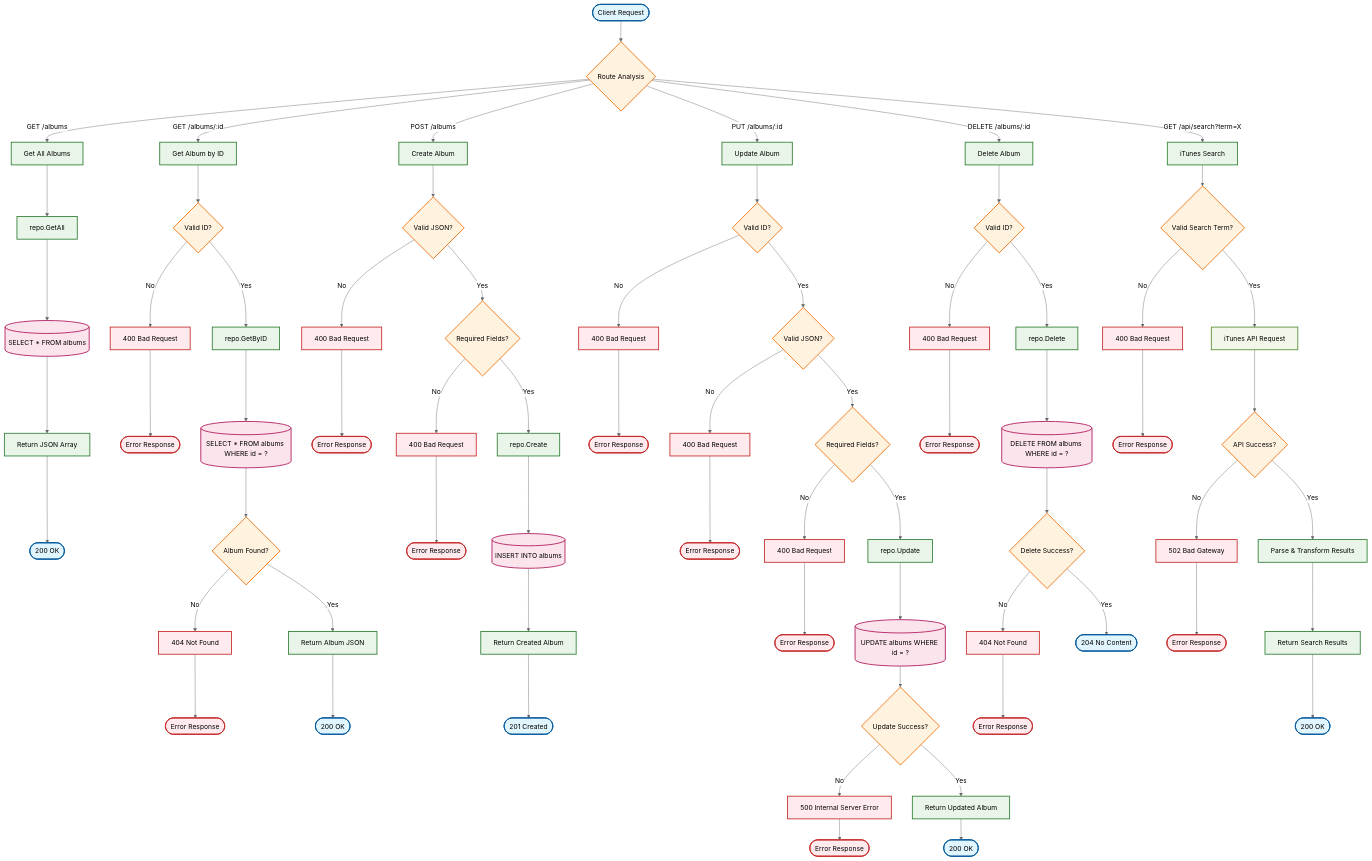
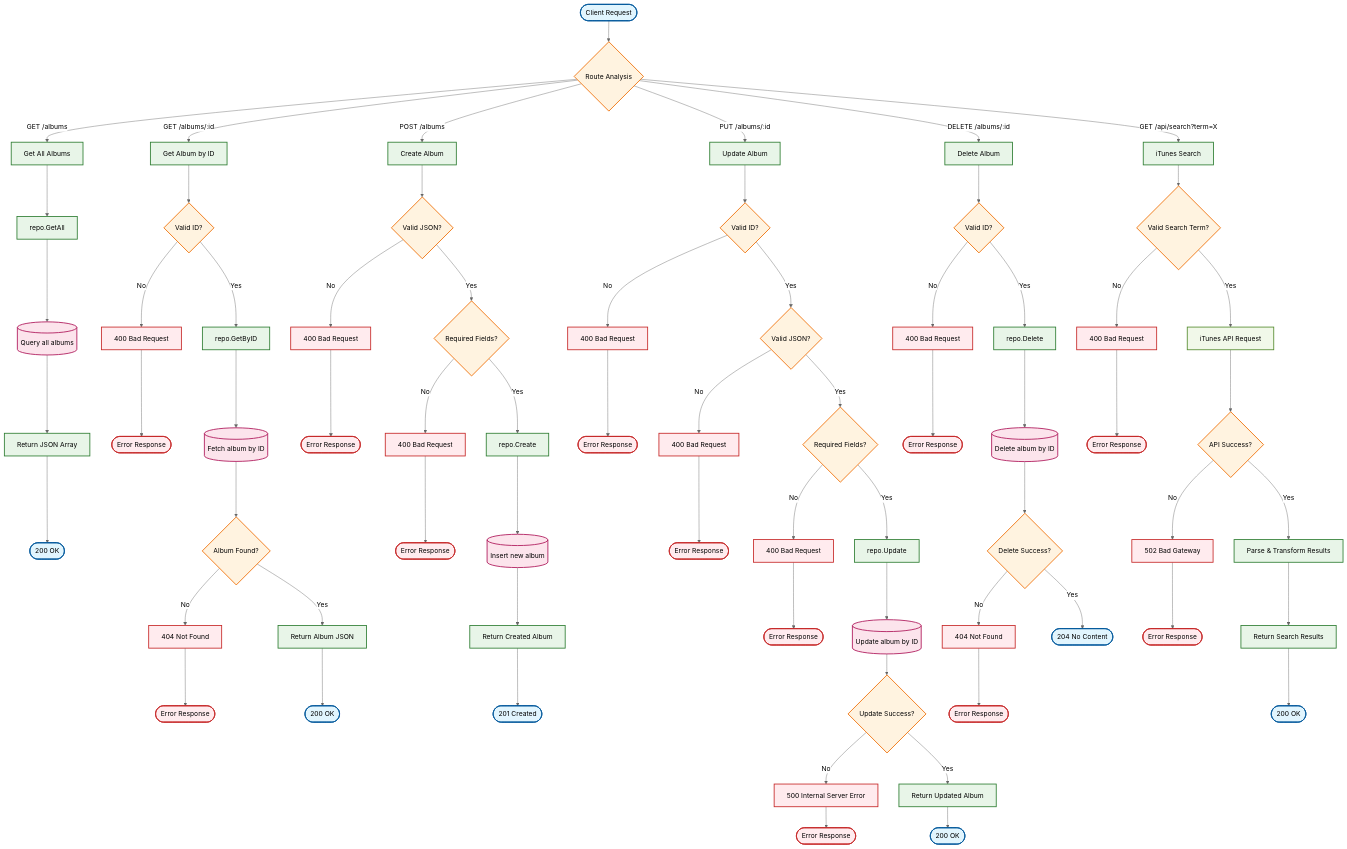
The diagram in diagrams/source/request-flow.mmd (tvergilio/motown-house-backend), drawn with Mermaid (neutral theme) before and after one commit. The commit also changed 5 other files, not shown here.

First line of the commit message:
Update high-level architecture diagram

```diff
--- a/diagrams/source/request-flow.mmd
+++ b/diagrams/source/request-flow.mmd
@@ -1,100 +1,100 @@
 flowchart TD
     Start([Client Request]) --> Route{Route Analysis}
     
     %% CRUD Operations
     Route -->|GET /albums| GetAll[Get All Albums]
     Route -->|GET /albums/:id| GetByID[Get Album by ID]
     Route -->|POST /albums| Create[Create Album]
     Route -->|PUT /albums/:id| Update[Update Album]
     Route -->|DELETE /albums/:id| Delete[Delete Album]
     
     %% iTunes Search
     Route -->|GET /api/search?term=X| Search[iTunes Search]
     
     %% Get All Albums Flow
     GetAll --> RepoGetAll[repo.GetAll]
-    RepoGetAll --> DBQuery1[(SELECT * FROM albums)]
+    RepoGetAll --> DBQuery1[(Query all albums)]
     DBQuery1 --> ReturnJSON1[Return JSON Array]
     ReturnJSON1 --> End1([200 OK])
     
     %% Get By ID Flow
     GetByID --> ValidateID{Valid ID?}
     ValidateID -->|No| BadRequest1[400 Bad Request]
     ValidateID -->|Yes| RepoGetByID[repo.GetByID]
-    RepoGetByID --> DBQuery2[(SELECT * FROM albums WHERE id = ?)]
+    RepoGetByID --> DBQuery2[(Fetch album by ID)]
     DBQuery2 --> Found{Album Found?}
     Found -->|No| NotFound[404 Not Found]
     Found -->|Yes| ReturnJSON2[Return Album JSON]
     ReturnJSON2 --> End2([200 OK])
     
     %% Create Album Flow
     Create --> ValidateJSON1{Valid JSON?}
     ValidateJSON1 -->|No| BadRequest2[400 Bad Request]
     ValidateJSON1 -->|Yes| ValidateFields1{Required Fields?}
     ValidateFields1 -->|No| BadRequest3[400 Bad Request]
     ValidateFields1 -->|Yes| RepoCreate[repo.Create]
-    RepoCreate --> DBInsert[(INSERT INTO albums)]
+    RepoCreate --> DBInsert[(Insert new album)]
     DBInsert --> ReturnCreated[Return Created Album]
     ReturnCreated --> End3([201 Created])
     
     %% Update Album Flow
     Update --> ValidateID2{Valid ID?}
     ValidateID2 -->|No| BadRequest4[400 Bad Request]
     ValidateID2 -->|Yes| ValidateJSON2{Valid JSON?}
     ValidateJSON2 -->|No| BadRequest5[400 Bad Request]
     ValidateJSON2 -->|Yes| ValidateFields2{Required Fields?}
     ValidateFields2 -->|No| BadRequest6[400 Bad Request]
     ValidateFields2 -->|Yes| RepoUpdate[repo.Update]
-    RepoUpdate --> DBUpdate[(UPDATE albums WHERE id = ?)]
+    RepoUpdate --> DBUpdate[(Update album by ID)]
     DBUpdate --> UpdateSuccess{Update Success?}
     UpdateSuccess -->|No| ServerError1[500 Internal Server Error]
     UpdateSuccess -->|Yes| ReturnUpdated[Return Updated Album]
     ReturnUpdated --> End4([200 OK])
     
     %% Delete Album Flow
     Delete --> ValidateID3{Valid ID?}
     ValidateID3 -->|No| BadRequest7[400 Bad Request]
     ValidateID3 -->|Yes| RepoDelete[repo.Delete]
-    RepoDelete --> DBDelete[(DELETE FROM albums WHERE id = ?)]
+    RepoDelete --> DBDelete[(Delete album by ID)]
     DBDelete --> DeleteSuccess{Delete Success?}
     DeleteSuccess -->|No| NotFound2[404 Not Found]
     DeleteSuccess -->|Yes| End5([204 No Content])
     
     %% iTunes Search Flow
     Search --> ValidateTerm{Valid Search Term?}
     ValidateTerm -->|No| BadRequest8[400 Bad Request]
     ValidateTerm -->|Yes| iTunesAPI[iTunes API Request]
     iTunesAPI --> APISuccess{API Success?}
     APISuccess -->|No| BadGateway[502 Bad Gateway]
     APISuccess -->|Yes| ParseResults[Parse & Transform Results]
     ParseResults --> ReturnSearch[Return Search Results]
     ReturnSearch --> End6([200 OK])
     
     %% Error endpoints
     BadRequest1 --> EndError1([Error Response])
     BadRequest2 --> EndError2([Error Response])
     BadRequest3 --> EndError3([Error Response])
     BadRequest4 --> EndError4([Error Response])
     BadRequest5 --> EndError5([Error Response])
     BadRequest6 --> EndError6([Error Response])
     BadRequest7 --> EndError7([Error Response])
     BadRequest8 --> EndError8([Error Response])
     NotFound --> EndError9([Error Response])
     NotFound2 --> EndError10([Error Response])
     ServerError1 --> EndError11([Error Response])
     BadGateway --> EndError12([Error Response])
 
     %% Styling
     classDef startEnd fill:#e1f5fe,stroke:#01579b,stroke-width:2px
     classDef process fill:#e8f5e8,stroke:#2e7d32,stroke-width:2px
     classDef decision fill:#fff3e0,stroke:#ef6c00,stroke-width:2px
     classDef database fill:#fce4ec,stroke:#ad1457,stroke-width:2px
     classDef error fill:#ffebee,stroke:#c62828,stroke-width:2px
     classDef external fill:#f1f8e9,stroke:#558b2f,stroke-width:2px
     
     class Start,End1,End2,End3,End4,End5,End6 startEnd
     class GetAll,GetByID,Create,Update,Delete,Search,RepoGetAll,RepoGetByID,RepoCreate,RepoUpdate,RepoDelete,ParseResults,ReturnJSON1,ReturnJSON2,ReturnCreated,ReturnUpdated,ReturnSearch process
     class Route,ValidateID,ValidateID2,ValidateID3,ValidateJSON1,ValidateJSON2,ValidateFields1,ValidateFields2,ValidateTerm,Found,UpdateSuccess,DeleteSuccess,APISuccess decision
     class DBQuery1,DBQuery2,DBInsert,DBUpdate,DBDelete database
     class BadRequest1,BadRequest2,BadRequest3,BadRequest4,BadRequest5,BadRequest6,BadRequest7,BadRequest8,NotFound,NotFound2,ServerError1,BadGateway,EndError1,EndError2,EndError3,EndError4,EndError5,EndError6,EndError7,EndError8,EndError9,EndError10,EndError11,EndError12 error
     class iTunesAPI external
```
